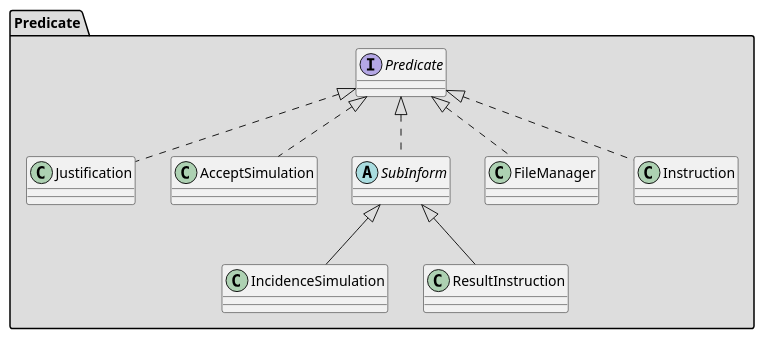
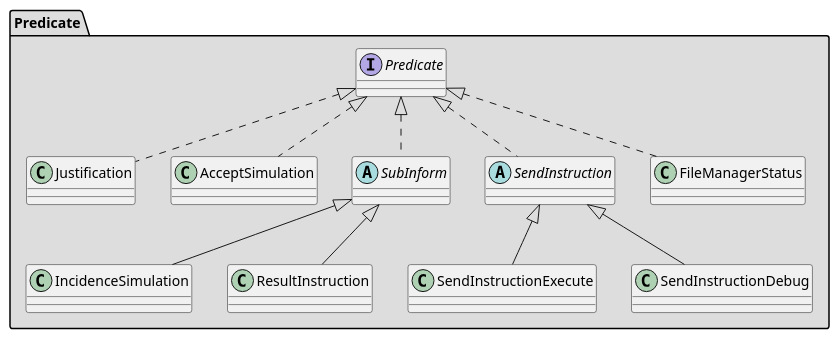
The diagram in assets/VocabularyPredicate.puml (nonodev96/THUMDER-ontology), drawn with PlantUML before and after one commit. The commit also changed 44 other files, not shown here.

Commit message:
modify and add new UML diagrams add controllers (AchieveREInitiator, AchieveREResponder, ContractNetInitiator, ContractNetResponder, ProposeInitiator, ProposeResponder) add object to encapsulate the messages (Action) add Match methods to MessageTemplate refactor package add new tests

```diff
--- a/assets/VocabularyPredicate.puml
+++ b/assets/VocabularyPredicate.puml
@@ -1,32 +1,36 @@
 @startuml{README_Predicate.png}
 '!include config.skinparam
 'https://plantuml.com/class-diagram
 /'
 Concept: Elementos que representan la información necesaria para representar los diferentes tipos de comunicación de la ontología.
 AgentAction: Elementos que representas los eventos a los que responden los agentes para completar la comunicación de la ontología.
 Predicate: Elementos que representan las respuestas a los eventos para completar la comunicación de la ontología.
 '/
 
 package "Predicate" #DDDDDD {
-  interface Predicate
-'  class AuthenticationResponse
-'  abstract class Response extends AuthenticationResponse implements Predicate
-  class Justification implements Predicate
-  class AcceptSimulation implements Predicate
-  abstract class SubInform implements Predicate
-  class IncidenceSimulation extends SubInform
-  class ResultInstruction extends SubInform
-'  class StatusMachine extends SubInform
+interface Predicate
+    '  class AuthenticationResponse
+    '  abstract class Response extends AuthenticationResponse implements Predicate
+    class Justification implements Predicate
+    class AcceptSimulation implements Predicate
 
-  class FileManager implements Predicate
-'  class Show extends FileManager
-'  class Make extends FileManager
-'  class Modify extends FileManager
-'  class Delete extends FileManager
+    abstract class SubInform implements Predicate
+    class IncidenceSimulation extends SubInform
+    class ResultInstruction extends SubInform
+    '  class StatusMachine extends SubInform
 
-  class Instruction implements Predicate
+    abstract class SendInstruction implements Predicate
+    class SendInstructionExecute extends SendInstruction
+    class SendInstructionDebug extends SendInstruction
+
+    class FileManagerStatus implements Predicate
+    '  class Show extends FileManager
+    '  class Make extends FileManager
+    '  class Modify extends FileManager
+    '  class Delete extends FileManager
+
 }
 
 
 
 @enduml
```
